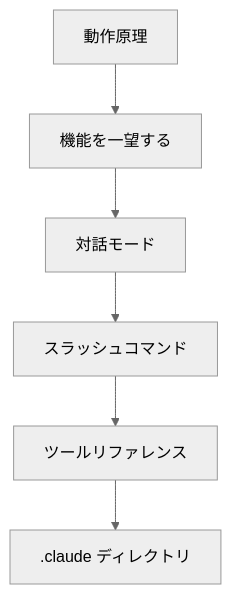
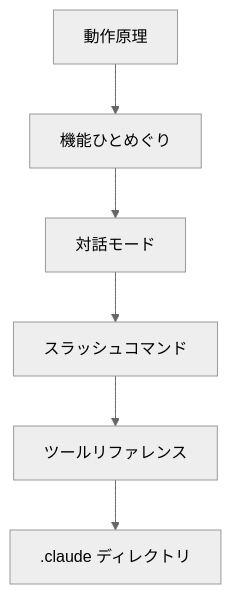
One commit to modu-ai/moai-adk changed the diagram in docs-site/content/ja/claude-code/foundations/_index.md. Above: the diagram before and after it, drawn with Mermaid (neutral theme). The commit also changed other lines of this file and 395 other files, not shown here.

````diff
--- a/docs-site/content/ja/claude-code/foundations/_index.md
+++ b/docs-site/content/ja/claude-code/foundations/_index.md
@@ -16,8 +16,8 @@
 ```mermaid
 flowchart TD
-    A[動作原理] --> B[機能を一望する]
+    A[動作原理] --> B[機能ひとめぐり]
     B --> C[対話モード]
     C --> D[スラッシュコマンド]
     D --> E[ツールリファレンス]
     E --> F[.claude ディレクトリ]
 ```
````
